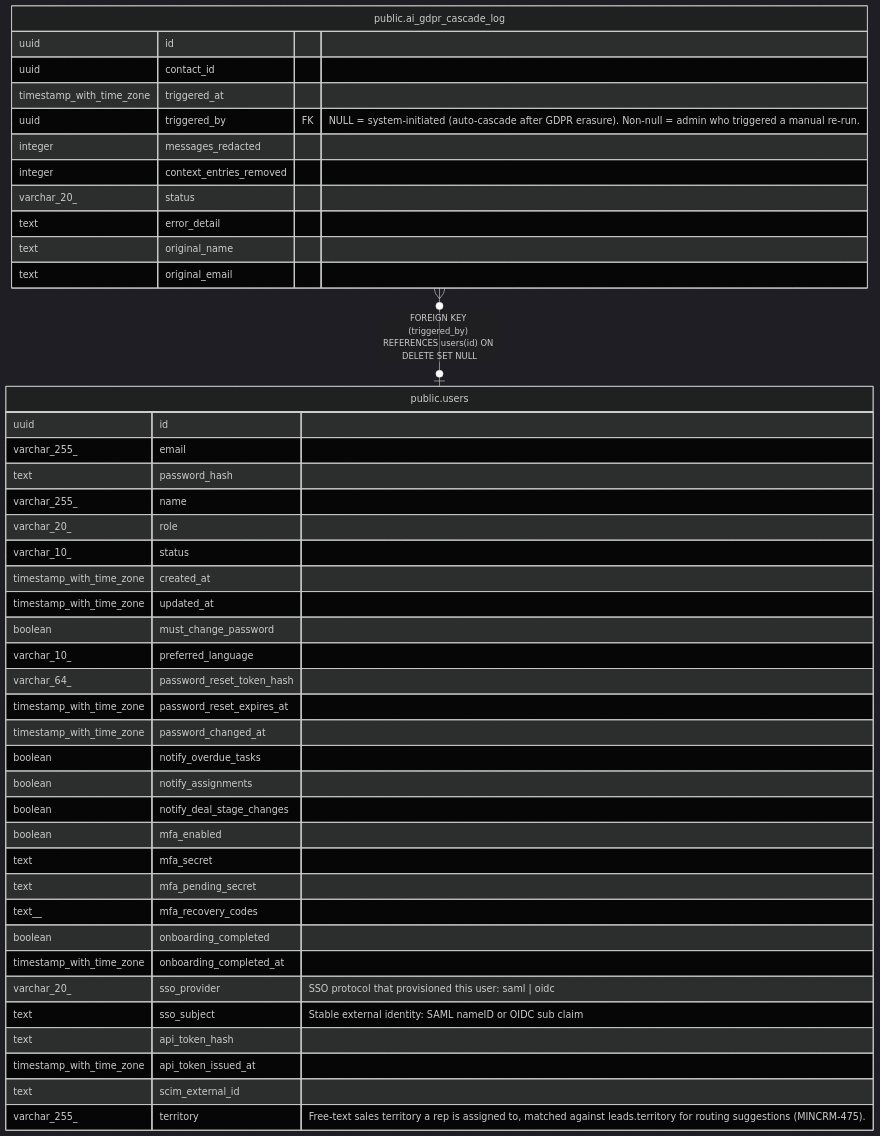
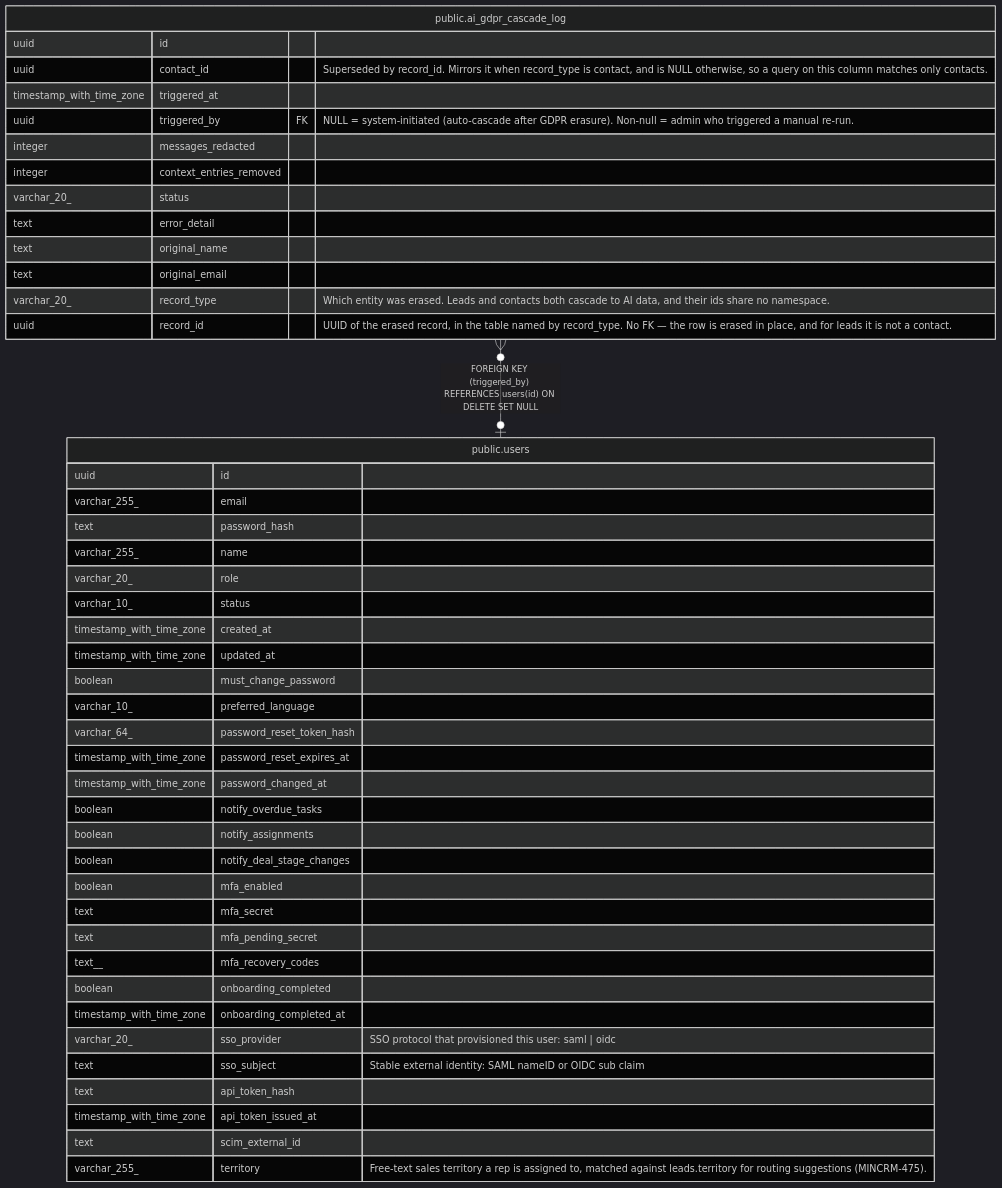
Before and after one commit to rkseattle/minicrm: the diagram in docs/schema/public.ai_gdpr_cascade_log.md, drawn with Mermaid (dark theme). The commit also changed other lines of this file and 7 other files, not shown here.

First line of the commit message:
fix(db): add a record type to the AI cascade log (MINCRM-721)

````diff
--- a/docs/schema/public.ai_gdpr_cascade_log.md
+++ b/docs/schema/public.ai_gdpr_cascade_log.md
@@ -40,48 +44,50 @@
 ```mermaid
 erDiagram
 
 "public.ai_gdpr_cascade_log" }o--o| "public.users" : "FOREIGN KEY (triggered_by) REFERENCES users(id) ON DELETE SET NULL"
 
 "public.ai_gdpr_cascade_log" {
   uuid id ""
-  uuid contact_id ""
+  uuid contact_id "Superseded by record_id. Mirrors it when record_type is contact, and is NULL otherwise, so a query on this column matches only contacts."
   timestamp_with_time_zone triggered_at ""
   uuid triggered_by FK "NULL = system-initiated (auto-cascade after GDPR erasure). Non-null = admin who triggered a manual re-run."
   integer messages_redacted ""
   integer context_entries_removed ""
   varchar_20_ status ""
   text error_detail ""
   text original_name ""
   text original_email ""
+  varchar_20_ record_type "Which entity was erased. Leads and contacts both cascade to AI data, and their ids share no namespace."
+  uuid record_id "UUID of the erased record, in the table named by record_type. No FK — the row is erased in place, and for leads it is not a contact."
 }
 "public.users" {
   uuid id ""
   varchar_255_ email ""
   text password_hash ""
   varchar_255_ name ""
   varchar_20_ role ""
   varchar_10_ status ""
   timestamp_with_time_zone created_at ""
   timestamp_with_time_zone updated_at ""
   boolean must_change_password ""
   varchar_10_ preferred_language ""
   varchar_64_ password_reset_token_hash ""
   timestamp_with_time_zone password_reset_expires_at ""
   timestamp_with_time_zone password_changed_at ""
   boolean notify_overdue_tasks ""
   boolean notify_assignments ""
   boolean notify_deal_stage_changes ""
   boolean mfa_enabled ""
   text mfa_secret ""
   text mfa_pending_secret ""
   text__ mfa_recovery_codes ""
   boolean onboarding_completed ""
   timestamp_with_time_zone onboarding_completed_at ""
   varchar_20_ sso_provider "SSO protocol that provisioned this user: saml | oidc"
   text sso_subject "Stable external identity: SAML nameID or OIDC sub claim"
   text api_token_hash ""
   timestamp_with_time_zone api_token_issued_at ""
   text scim_external_id ""
   varchar_255_ territory "Free-text sales territory a rep is assigned to, matched against leads.territory for routing suggestions (MINCRM-475)."
 }
 ```
````
